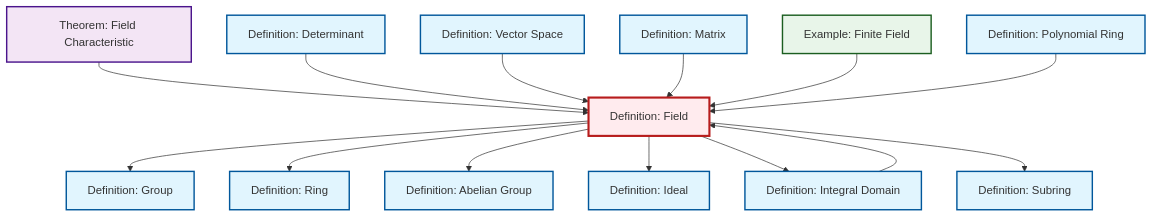
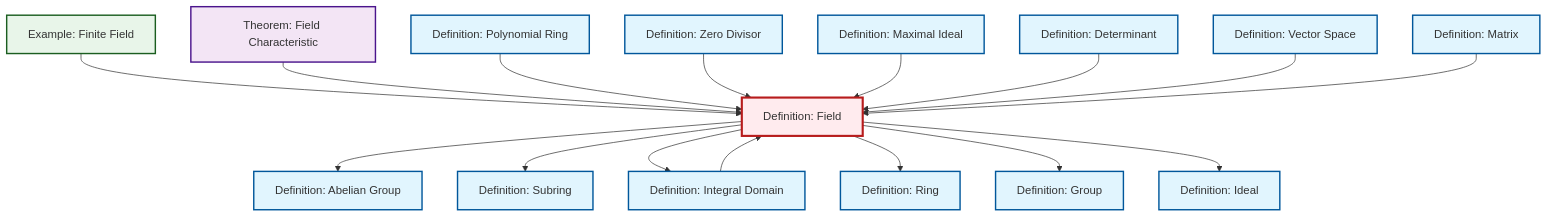
One commit to RK0429/ModernMath changed the diagram in content/ja/algebra/def-field.qmd. Above: the diagram before and after it, drawn with Mermaid. The commit also changed 654 other files, not shown here.

````diff
--- a/content/ja/algebra/def-field.qmd
+++ b/content/ja/algebra/def-field.qmd
@@ -60,48 +60,54 @@
 ```{mermaid}
 %%| fig-cap: "Local dependency graph"
 graph TD
     classDef definition fill:#e1f5fe,stroke:#01579b,stroke-width:2px
     classDef theorem fill:#f3e5f5,stroke:#4a148c,stroke-width:2px
     classDef axiom fill:#fff3e0,stroke:#e65100,stroke-width:2px
     classDef example fill:#e8f5e9,stroke:#1b5e20,stroke-width:2px
     classDef current fill:#ffebee,stroke:#b71c1c,stroke-width:3px
+    def-polynomial-ring["Definition: Polynomial Ring"]:::definition
+    def-maximal-ideal["Definition: Maximal Ideal"]:::definition
+    def-field["Definition: Field"]:::definition
     def-group["Definition: Group"]:::definition
-    def-abelian-group["Definition: Abelian Group"]:::definition
-    def-polynomial-ring["Definition: Polynomial Ring"]:::definition
+    def-determinant["Definition: Determinant"]:::definition
+    def-matrix["Definition: Matrix"]:::definition
     def-ring["Definition: Ring"]:::definition
+    def-ideal["Definition: Ideal"]:::definition
+    thm-field-characteristic["Theorem: Field Characteristic"]:::theorem
+    def-zero-divisor["Definition: Zero Divisor"]:::definition
     def-integral-domain["Definition: Integral Domain"]:::definition
     def-subring["Definition: Subring"]:::definition
-    def-field["Definition: Field"]:::definition
     ex-finite-field["Example: Finite Field"]:::example
-    def-determinant["Definition: Determinant"]:::definition
-    def-matrix["Definition: Matrix"]:::definition
+    def-abelian-group["Definition: Abelian Group"]:::definition
     def-vector-space["Definition: Vector Space"]:::definition
-    def-ideal["Definition: Ideal"]:::definition
-    thm-field-characteristic["Theorem: Field Characteristic"]:::theorem
-    def-field --> def-group
-    def-field --> def-ring
     def-field --> def-abelian-group
-    thm-field-characteristic --> def-field
-    def-determinant --> def-field
-    def-field --> def-ideal
-    def-vector-space --> def-field
-    def-matrix --> def-field
-    def-integral-domain --> def-field
-    def-field --> def-integral-domain
     def-field --> def-subring
     ex-finite-field --> def-field
+    thm-field-characteristic --> def-field
     def-polynomial-ring --> def-field
+    def-zero-divisor --> def-field
+    def-maximal-ideal --> def-field
+    def-field --> def-integral-domain
+    def-determinant --> def-field
+    def-vector-space --> def-field
+    def-integral-domain --> def-field
+    def-field --> def-ring
+    def-field --> def-group
+    def-field --> def-ideal
+    def-matrix --> def-field
     class def-field current
+    click def-polynomial-ring "def-polynomial-ring.html" "Definition: Polynomial Ringへ"
+    click def-maximal-ideal "def-maximal-ideal.html" "Definition: Maximal Idealへ"
     click def-group "def-group.html" "Definition: Groupへ"
-    click def-abelian-group "def-abelian-group.html" "Definition: Abelian Groupへ"
-    click def-polynomial-ring "def-polynomial-ring.html" "Definition: Polynomial Ringへ"
+    click def-determinant "def-determinant.html" "Definition: Determinantへ"
+    click def-matrix "def-matrix.html" "Definition: Matrixへ"
     click def-ring "def-ring.html" "Definition: Ringへ"
+    click def-ideal "def-ideal.html" "Definition: Idealへ"
+    click thm-field-characteristic "thm-field-characteristic.html" "Theorem: Field Characteristicへ"
+    click def-zero-divisor "def-zero-divisor.html" "Definition: Zero Divisorへ"
     click def-integral-domain "def-integral-domain.html" "Definition: Integral Domainへ"
     click def-subring "def-subring.html" "Definition: Subringへ"
     click ex-finite-field "ex-finite-field.html" "Example: Finite Fieldへ"
-    click def-determinant "def-determinant.html" "Definition: Determinantへ"
-    click def-matrix "def-matrix.html" "Definition: Matrixへ"
+    click def-abelian-group "def-abelian-group.html" "Definition: Abelian Groupへ"
     click def-vector-space "def-vector-space.html" "Definition: Vector Spaceへ"
-    click def-ideal "def-ideal.html" "Definition: Idealへ"
-    click thm-field-characteristic "thm-field-characteristic.html" "Theorem: Field Characteristicへ"
 ```
````
